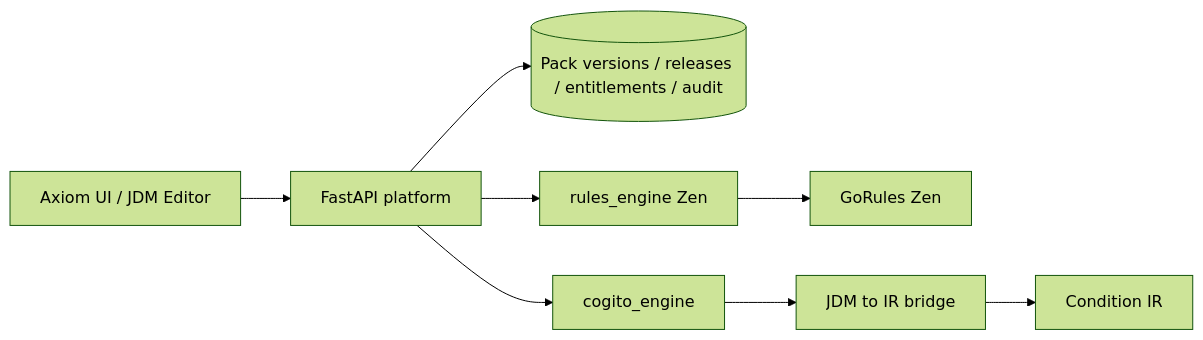
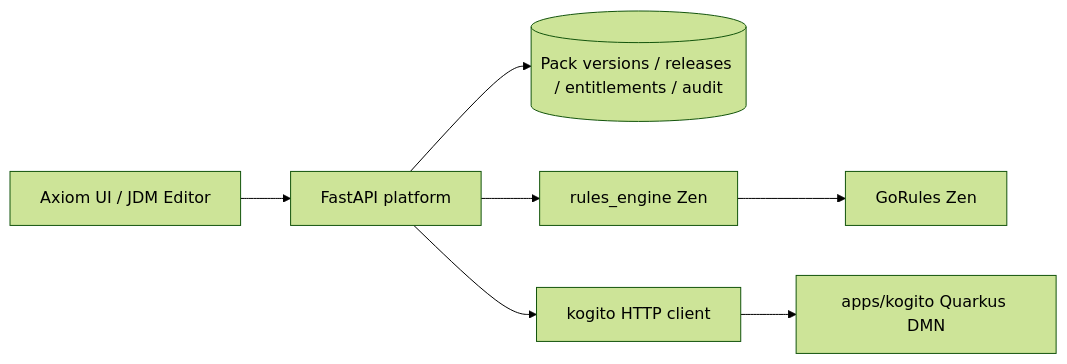
The diagram in docs/ARCHITECTURE.md (souvikmukherjee/utils-rules-engine-poc), drawn with Mermaid (forest theme) before and after one commit. The commit also changed other lines of this file and 33 other files, not shown here.

First line of the commit message:
Replace custom Cogito with real Kogito DMN service

````diff
--- a/docs/ARCHITECTURE.md
+++ b/docs/ARCHITECTURE.md
@@ -15,10 +15,9 @@
 ```mermaid
 flowchart LR
   UI[Axiom UI / JDM Editor] --> API[FastAPI platform]
   API --> Store[(Pack versions / releases / entitlements / audit)]
   API --> ZenAdapter[rules_engine Zen]
-  API --> Cogito[cogito_engine]
+  API --> KogitoClient[kogito HTTP client]
   ZenAdapter --> Zen[GoRules Zen]
-  Cogito --> Bridge[JDM to IR bridge]
-  Bridge --> IR[Condition IR]
+  KogitoClient --> KogitoSvc[apps/kogito Quarkus DMN]
 ```
````
